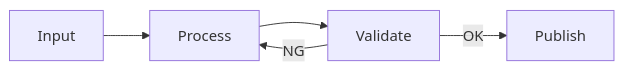
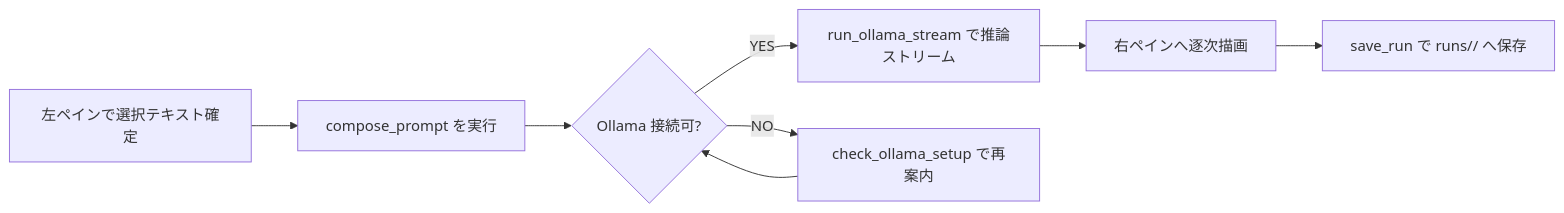
Before and after one commit to RNA4219/imgponic: the diagram in Day8/workflow-cookbook/BLUEPRINT.md, drawn with Mermaid. The commit also changed other lines of this file, not shown here.

````diff
--- a/Day8/workflow-cookbook/BLUEPRINT.md
+++ b/Day8/workflow-cookbook/BLUEPRINT.md
@@ -31,7 +48,10 @@
 ```mermaid
 flowchart LR
-  A[Input] --> B[Process]
-  B --> C[Validate]
-  C -->|OK| D[Publish]
-  C -->|NG| B
+  A[左ペインで選択テキスト確定] --> B[compose_prompt を実行]
+  B --> C{Ollama 接続可?}
+  C -- YES --> D[run_ollama_stream で推論ストリーム]
+  D --> E[右ペインへ逐次描画]
+  E --> F[save_run で runs/<ts>/ へ保存]
+  C -- NO --> G[check_ollama_setup で再案内]
+  G --> C
 ```
````
